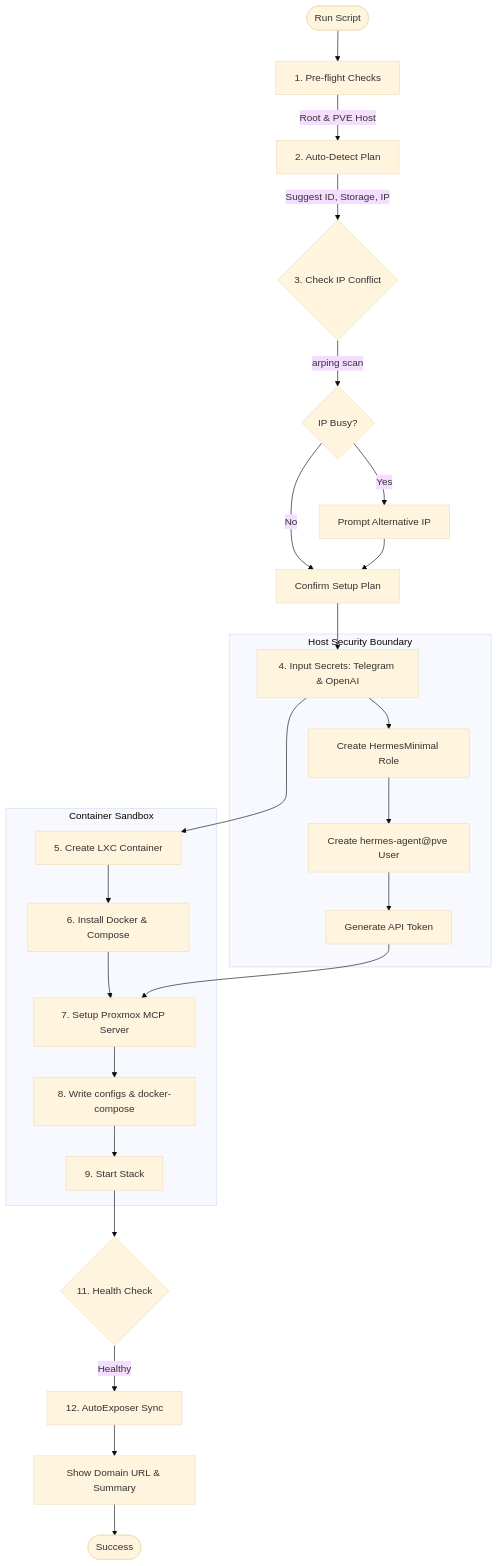
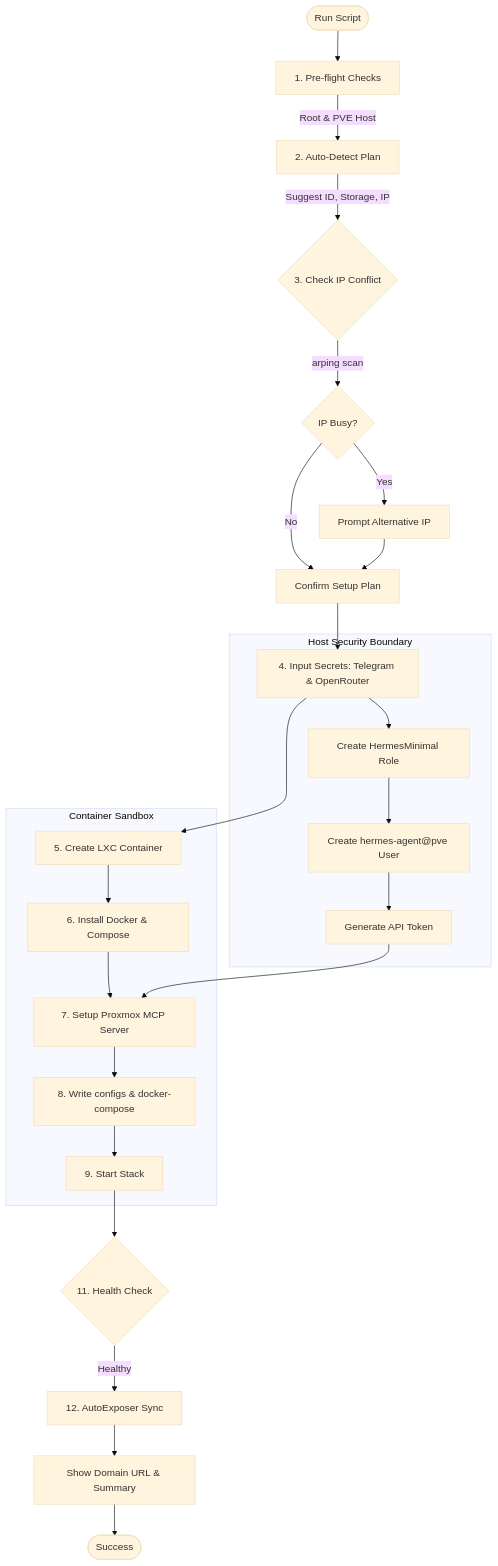
Before and after one commit to 3lmagary/homeserver: the diagram in README.md, drawn with Mermaid (base theme). The commit also changed 1 other file, not shown here.

Commit message:
Update API key configuration: prompt for OpenRouter instead of OpenAI, set OPENROUTER_API_KEY in env

````diff
--- a/README.md
+++ b/README.md
@@ -247,31 +247,31 @@
 ```mermaid
 flowchart TD
     Start([Run Script]) --> Preflight[1. Pre-flight Checks]
     Preflight -->|Root & PVE Host| AutoDetect[2. Auto-Detect Plan]
     AutoDetect -->|Suggest ID, Storage, IP| ConflictCheck{3. Check IP Conflict}
     ConflictCheck -->|arping scan| FreeIP{IP Busy?}
     FreeIP -->|Yes| UserIP[Prompt Alternative IP]
     FreeIP -->|No| ConfirmPlan[Confirm Setup Plan]
     UserIP --> ConfirmPlan
-    ConfirmPlan --> Secrets[4. Input Secrets: Telegram & OpenAI]
+    ConfirmPlan --> Secrets[4. Input Secrets: Telegram & OpenRouter]
     
     subgraph Host_Sec [Host Security Boundary]
         Secrets --> CreateRole[Create HermesMinimal Role]
         CreateRole --> CreateUser[Create hermes-agent@pve User]
         CreateUser --> GenToken[Generate API Token]
     end
     
     subgraph LXC_Setup [Container Sandbox]
         Secrets --> LXC[5. Create LXC Container]
         LXC --> InstallDocker[6. Install Docker & Compose]
         InstallDocker --> SetupMCP[7. Setup Proxmox MCP Server]
         GenToken --> SetupMCP
         SetupMCP --> ConfigFiles[8. Write configs & docker-compose]
         ConfigFiles --> StartServices[9. Start Stack]
     end
     
     StartServices --> HealthCheck{11. Health Check}
     HealthCheck -->|Healthy| AutoExposer[12. AutoExposer Sync]
     AutoExposer --> ShowSummary[Show Domain URL & Summary]
     ShowSummary --> End([Success])
 ```
````
